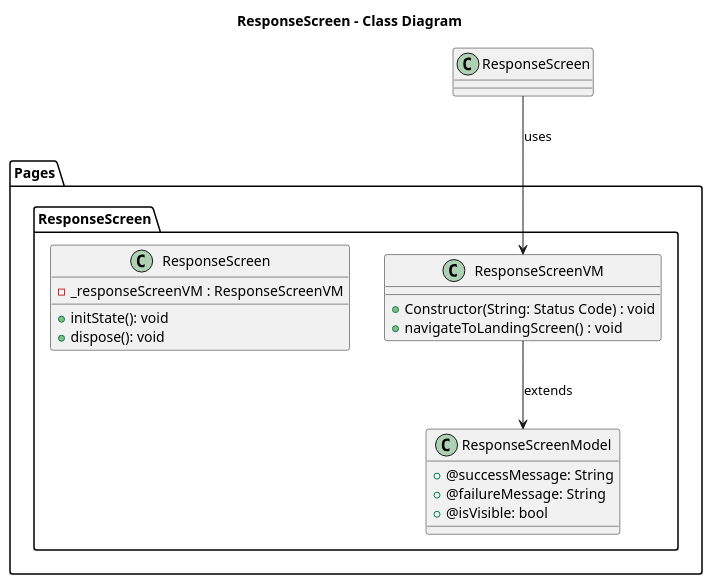
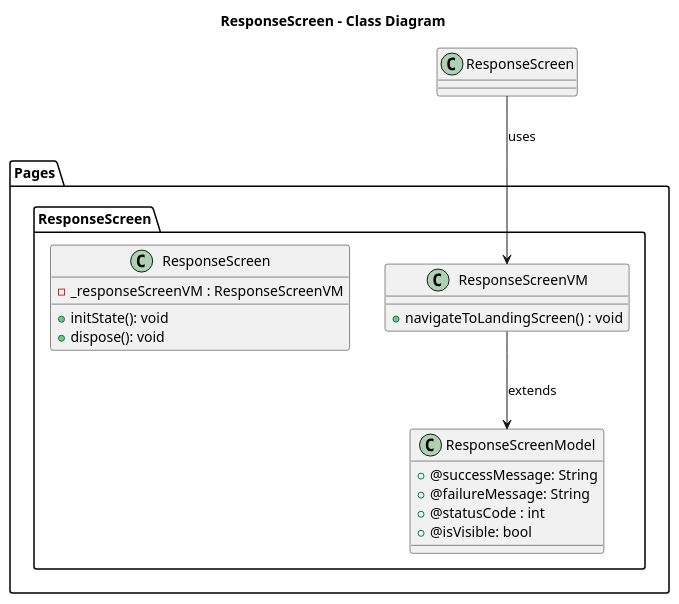
The diagram in lib/Pages/ResponseScreen/Design/ResponseScreen-Class.puml (ThirumuruganArumugam/social_media), drawn with PlantUML before and after one commit. The commit also changed 9 other files, not shown here.

Commit message:
changes in sequence diargam

```diff
--- a/lib/Pages/ResponseScreen/Design/ResponseScreen-Class.puml
+++ b/lib/Pages/ResponseScreen/Design/ResponseScreen-Class.puml
@@ -1,26 +1,26 @@
 @startuml ResponseScreen - Class
 
 title ResponseScreen - Class Diagram
 
 package Pages{
     package ResponseScreen{
         class ResponseScreenModel{
             + @successMessage: String
             + @failureMessage: String
+            + @statusCode : int
             + @isVisible: bool
         }
         class ResponseScreenVM{
-            + Constructor(String: Status Code) : void
             + navigateToLandingScreen() : void
         }
         class ResponseScreen{
             - _responseScreenVM : ResponseScreenVM
             + initState(): void
             + dispose(): void
         }
     }
 }
 
 ResponseScreen --> ResponseScreenVM: uses
 ResponseScreenVM --> ResponseScreenModel : extends
 @enduml
```
